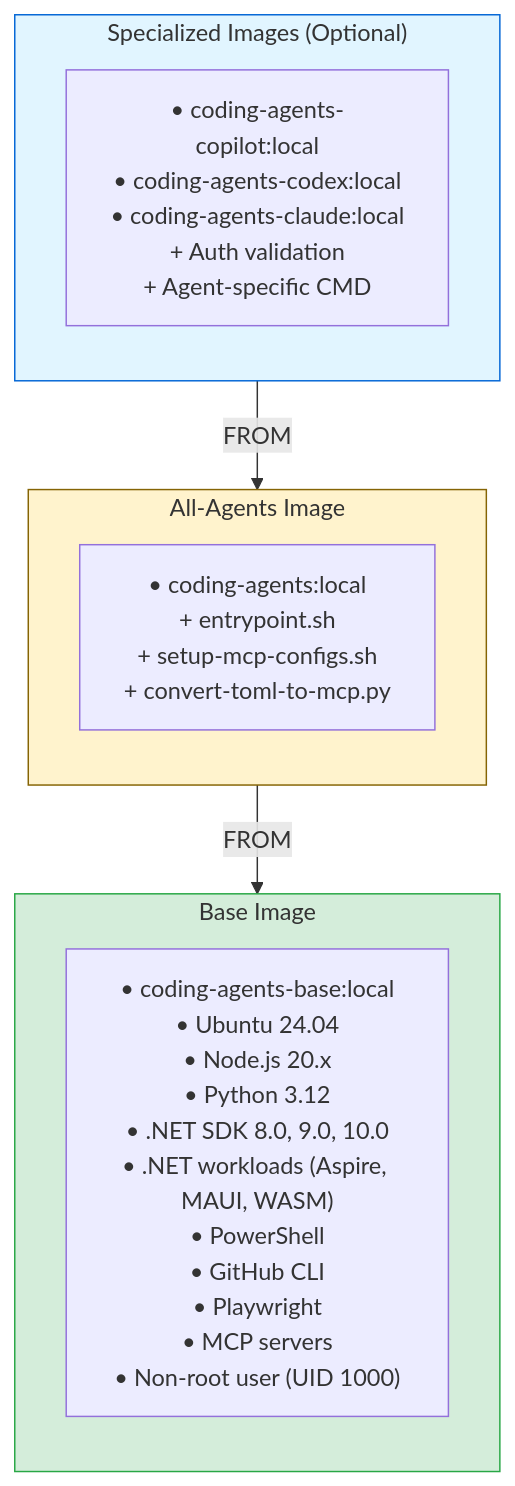
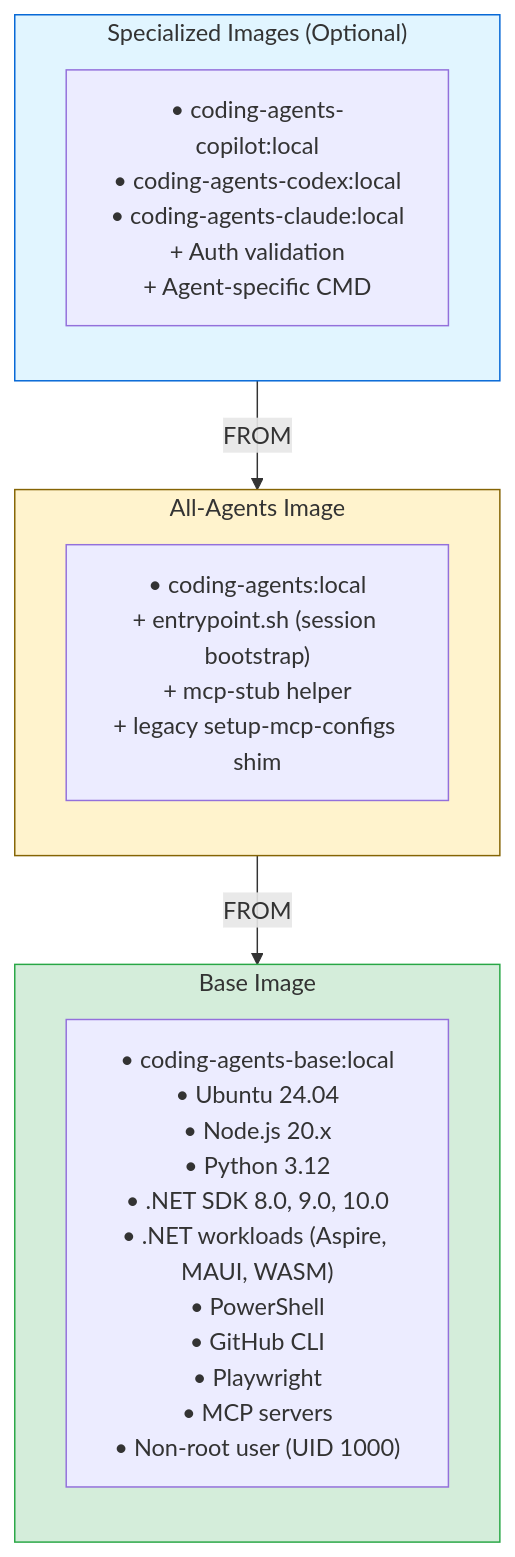
Before and after one commit to novotnyllc/ContainAI: the second of 13 diagrams in docs/architecture.md, drawn with Mermaid. The commit also changed other lines of this file and 13 other files, not shown here.

First line of the commit message:
feat: Implement secure MCP stub execution and configuration rendering

````diff
--- a/docs/architecture.md
+++ b/docs/architecture.md
@@ -57,24 +68,24 @@
 ```mermaid
 flowchart TB
     subgraph specialized["Specialized Images (Optional)"]
         direction TB
         spec_content["• coding-agents-copilot:local<br/>• coding-agents-codex:local<br/>• coding-agents-claude:local<br/>+ Auth validation<br/>+ Agent-specific CMD"]
     end
     
     subgraph allagents["All-Agents Image"]
         direction TB
-        all_content["• coding-agents:local<br/>+ entrypoint.sh<br/>+ setup-mcp-configs.sh<br/>+ convert-toml-to-mcp.py"]
+        all_content["• coding-agents:local<br/>+ entrypoint.sh (session bootstrap)<br/>+ mcp-stub helper<br/>+ legacy setup-mcp-configs shim"]
     end
     
     subgraph base["Base Image"]
         direction TB
         base_content["• coding-agents-base:local<br/>• Ubuntu 24.04<br/>• Node.js 20.x<br/>• Python 3.12<br/>• .NET SDK 8.0, 9.0, 10.0<br/>• .NET workloads (Aspire, MAUI, WASM)<br/>• PowerShell<br/>• GitHub CLI<br/>• Playwright<br/>• MCP servers<br/>• Non-root user (UID 1000)"]
     end
     
     specialized -->|FROM| allagents
     allagents -->|FROM| base
     
     style specialized fill:#e1f5ff,stroke:#0366d6
     style allagents fill:#fff3cd,stroke:#856404
     style base fill:#d4edda,stroke:#28a745
 ```
````
